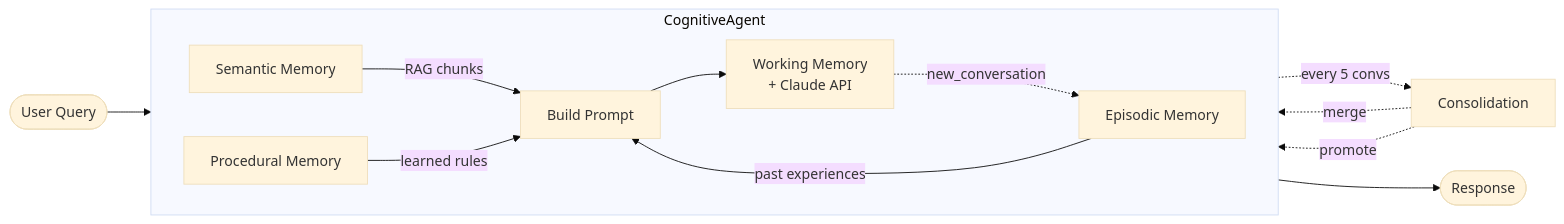
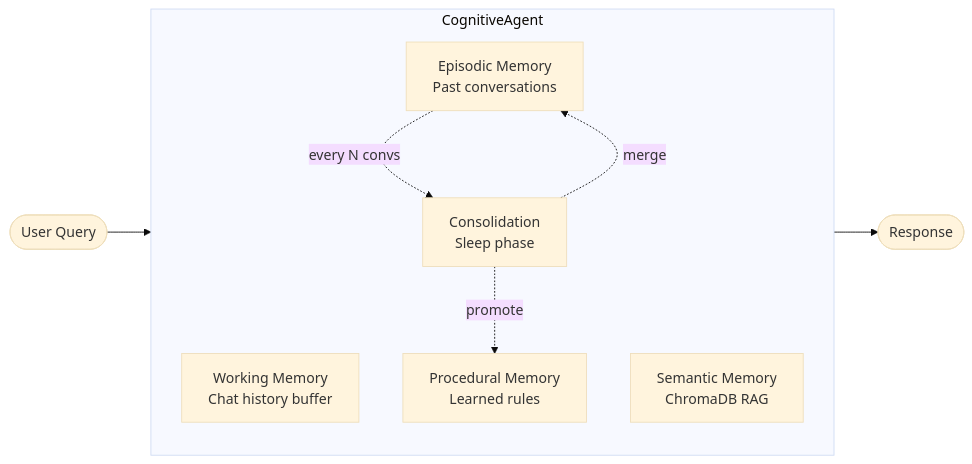
Before and after one commit to apattichis/cognitive-memory-agent: the diagram in README.md, drawn with Mermaid (base theme). The commit also changed other lines of this file and 1 other file, not shown here.

Commit message:
docs: clean up architecture diagrams
- Restore original high-level flow diagram, add to README
- Replace cluttered sequence diagram with simpler flowchart
- Rewrite conversation lifecycle as a clean vertical cycle

````diff
--- a/README.md
+++ b/README.md
@@ -7,18 +7,19 @@
 ```mermaid
 flowchart LR
     User([User Query]) --> Agent
+
+    subgraph Agent[CognitiveAgent]
+        direction TB
+        WM[Working Memory<br/>Chat history buffer]
+        SM[Semantic Memory<br/>ChromaDB RAG]
+        EM[Episodic Memory<br/>Past conversations]
+        PM[Procedural Memory<br/>Learned rules]
+        CON[Consolidation<br/>Sleep phase]
+    end
+
     Agent --> Response([Response])
 
-    subgraph Agent[CognitiveAgent]
-        direction LR
-        SM[Semantic Memory] -->|RAG chunks| BUILD
-        EM[Episodic Memory] -->|past experiences| BUILD
-        PM[Procedural Memory] -->|learned rules| BUILD
-        BUILD[Build Prompt] --> WM[Working Memory<br/>+ Claude API]
-    end
-
-    WM -.->|new_conversation| EM
-    EM -.->|every 5 convs| CON[Consolidation]
+    EM -.->|every N convs| CON
     CON -.->|merge| EM
     CON -.->|promote| PM
 ```
````
